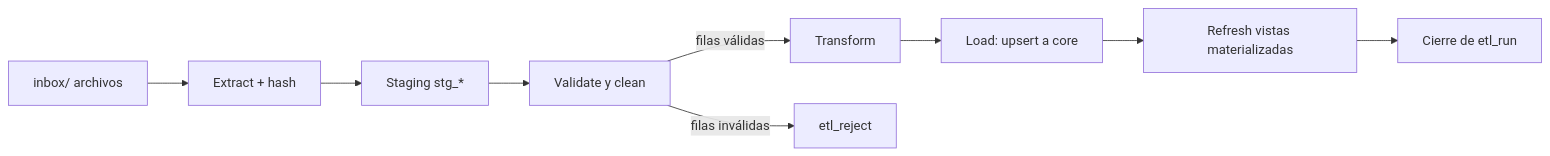
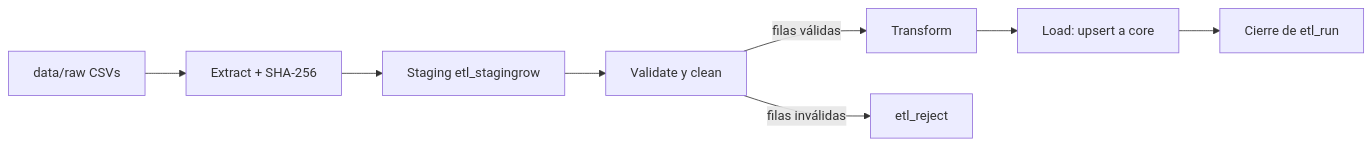
Before and after one commit to Eduardo-Ve/ecommerce-ops-analytics: the diagram in docs/05-pipeline-etl.md, drawn with Mermaid. The commit also changed other lines of this file and 17 other files, not shown here.

````diff
--- a/docs/05-pipeline-etl.md
+++ b/docs/05-pipeline-etl.md
@@ -9,11 +9,10 @@
 ```mermaid
 flowchart LR
-    A[inbox/ archivos] --> B[Extract + hash]
-    B --> C[Staging stg_*]
+    A[data/raw CSVs] --> B[Extract + SHA-256]
+    B --> C[Staging etl_stagingrow]
     C --> D[Validate y clean]
     D -->|filas válidas| E[Transform]
     D -->|filas inválidas| R[etl_reject]
     E --> F[Load: upsert a core]
-    F --> G[Refresh vistas materializadas]
-    G --> H[Cierre de etl_run]
+    F --> G[Cierre de etl_run]
 ```
````
